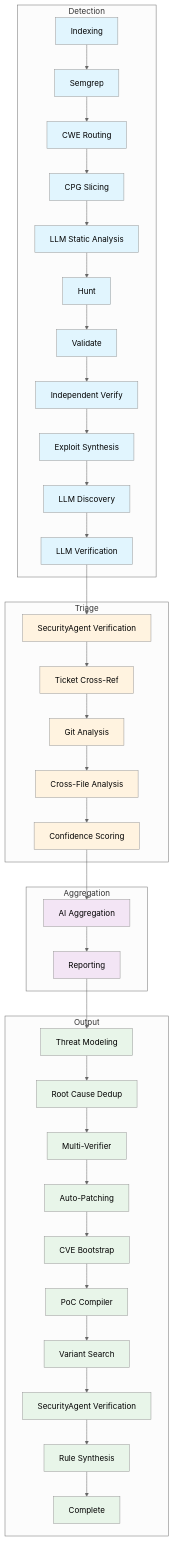
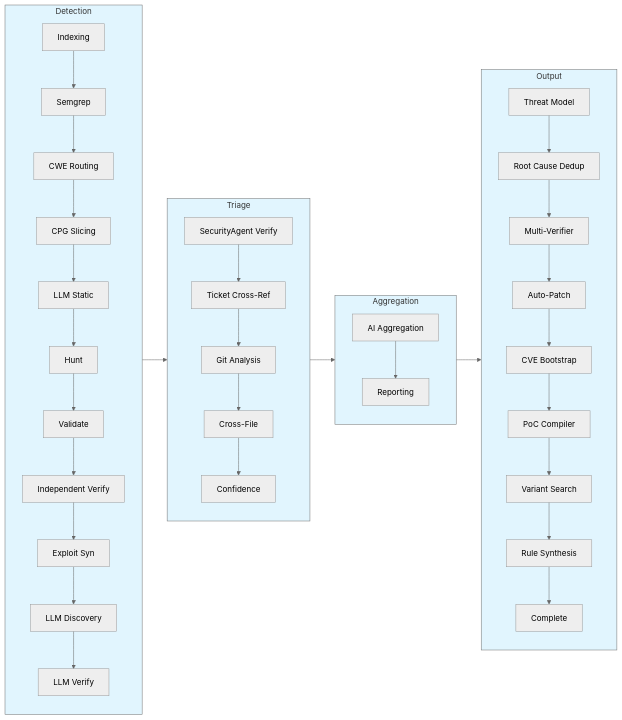
The diagram in docs/architecture.md (CodeAtCode/baco-scanner), drawn with Mermaid (neutral theme) before and after one commit. The commit also changed 7 other files, not shown here.

````diff
--- a/docs/architecture.md
+++ b/docs/architecture.md
@@ -53,50 +53,37 @@
 ```mermaid
-flowchart TD
-    subgraph Detection
-        A[Indexing] --> B[Semgrep]
-        B --> C[CWE Routing]
-        C --> D[CPG Slicing]
-        D --> E[LLM Static Analysis]
-        E --> F[Hunt]
-        F --> G[Validate]
-        G --> H[Independent Verify]
-        H --> I[Exploit Synthesis]
-        I --> J[LLM Discovery]
-        J --> K[LLM Verification]
+flowchart LR
+    subgraph Detection["Detection"]
+        direction TB
+        A1[Indexing] --> A2[Semgrep] --> A3[CWE Routing] --> A4[CPG Slicing]
+        A4 --> A5[LLM Static] --> A6[Hunt] --> A7[Validate]
+        A7 --> A8[Independent Verify] --> A9[Exploit Syn] --> A10[LLM Discovery]
+        A10 --> A11[LLM Verify]
     end
 
-    subgraph Triage
-        K --> L[SecurityAgent Verification]
-        L --> M[Ticket Cross-Ref]
-        M --> N[Git Analysis]
-        N --> O[Cross-File Analysis]
-        O --> P[Confidence Scoring]
+    subgraph Triage["Triage"]
+        direction TB
+        B1[SecurityAgent Verify] --> B2[Ticket Cross-Ref] --> B3[Git Analysis]
+        B3 --> B4[Cross-File] --> B5[Confidence]
     end
 
-    subgraph Aggregation
-        P --> Q[AI Aggregation]
-        Q --> R[Reporting]
+    subgraph Aggregation["Aggregation"]
+        direction TB
+        C1[AI Aggregation] --> C2[Reporting]
     end
 
-    subgraph Output
-        R --> S[Threat Modeling]
-        S --> T[Root Cause Dedup]
-        T --> U[Multi-Verifier]
-        U --> V[Auto-Patching]
-        V --> W[CVE Bootstrap]
-        W --> X[PoC Compiler]
-        X --> Y[Variant Search]
-        Y --> Z[SecurityAgent Verification]
-        Z --> AA[Rule Synthesis]
-        AA --> AB[Complete]
+    subgraph Output["Output"]
+        direction TB
+        D1[Threat Model] --> D2[Root Cause Dedup] --> D3[Multi-Verifier]
+        D3 --> D4[Auto-Patch] --> D5[CVE Bootstrap]
+        D5 --> D6[PoC Compiler] --> D7[Variant Search]
+        D7 --> D8[Rule Synthesis] --> D9[Complete]
     end
+
+    Detection --> Triage --> Aggregation --> Output
 
     classDef detection fill:#e1f5fe
     classDef triage fill:#fff3e0
     classDef aggregation fill:#f3e5f5
     classDef output fill:#e8f5e9
-    class A,B,C,D,E,F,G,H,I,J,K detection
-    class L,M,N,O,P triage
-    class Q,R aggregation
-    class S,T,U,V,W,X,Y,Z,AA,AB output
+    class Detection,Triage,Aggregation,Output detection
 ```
````
